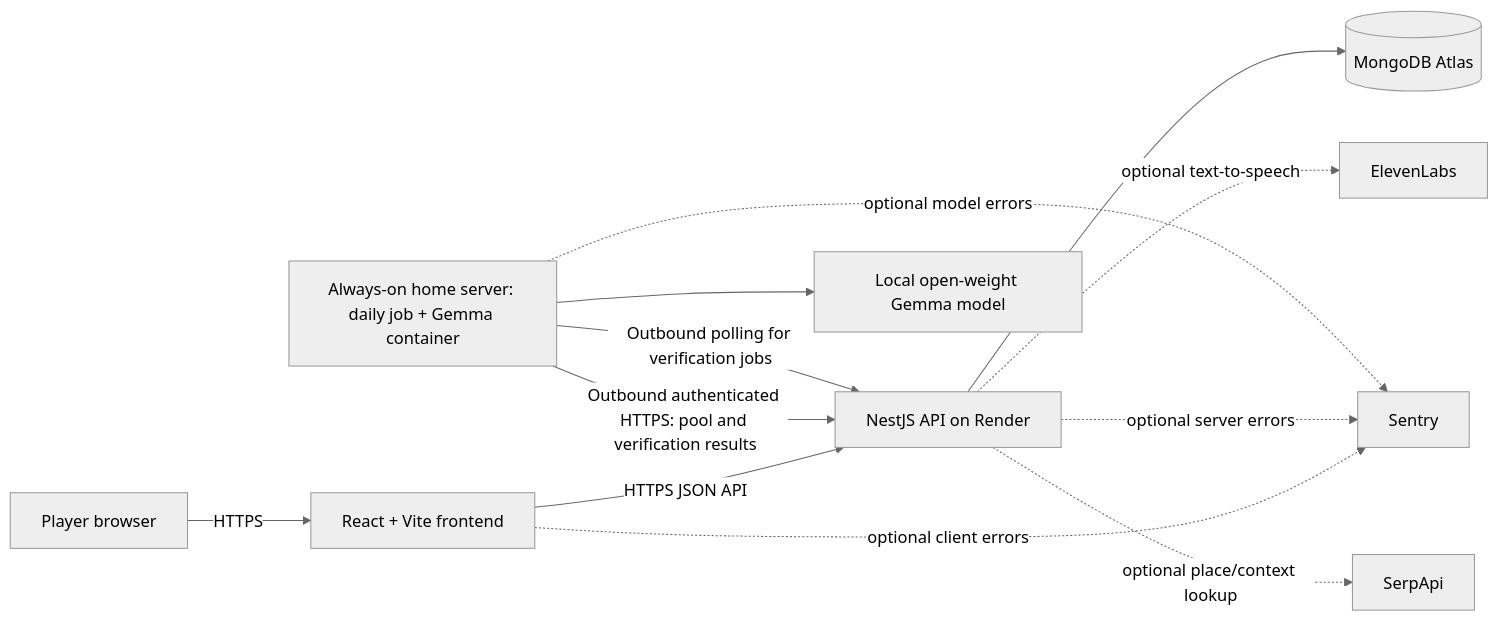
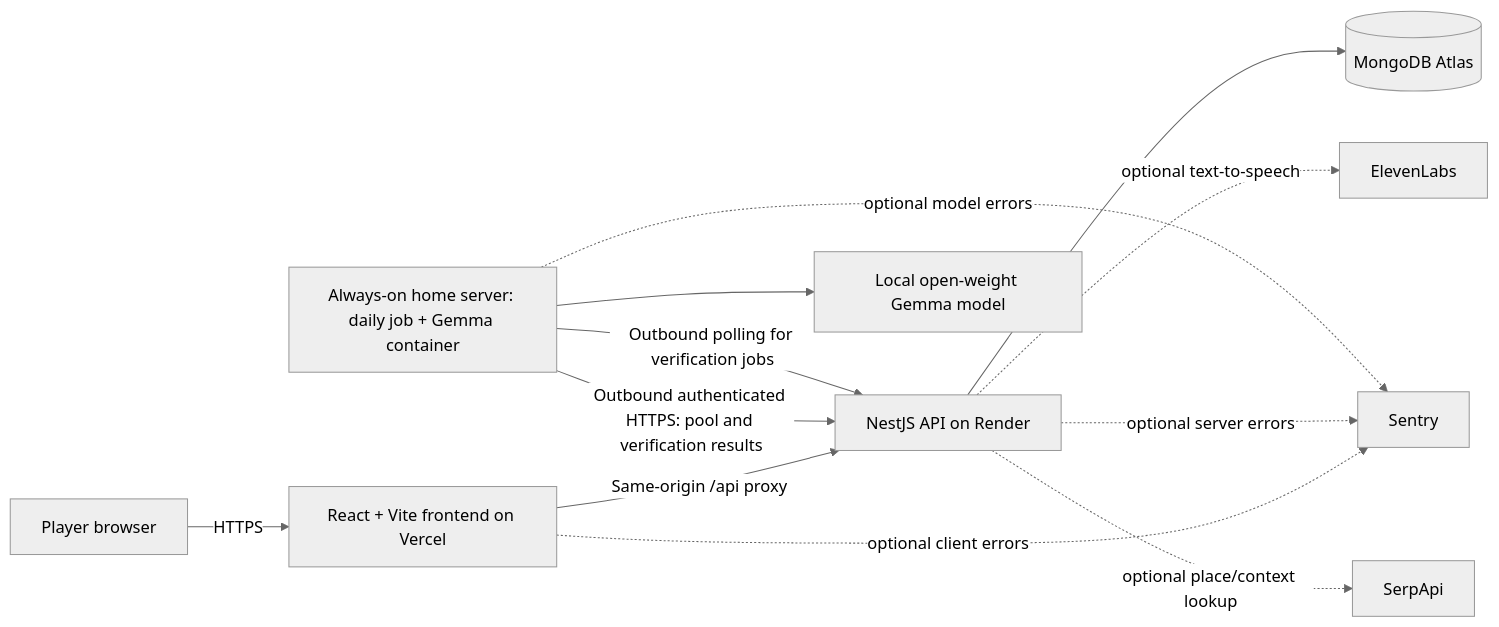
Before and after one commit to AnthonyASBaptiste/sidequest-tt: the first of 3 diagrams in docs/architecture.md, drawn with Mermaid (neutral theme). The commit also changed other lines of this file and 4 other files, not shown here.

Commit message:
feat: configure Vercel API proxy for same-origin production requests to fix mobile cookie issues

````diff
--- a/docs/architecture.md
+++ b/docs/architecture.md
@@ -9,14 +9,14 @@
 ```mermaid
 flowchart LR
-    P[Player browser] -->|HTTPS| WEB[React + Vite frontend]
-    WEB -->|HTTPS JSON API| API[NestJS API on Render]
+    P[Player browser] -->|HTTPS| WEB[React + Vite frontend on Vercel]
+    WEB -->|Same-origin /api proxy| API[NestJS API on Render]
     API --> DB[(MongoDB Atlas)]
     HS[Always-on home server: daily job + Gemma container] -->|Outbound authenticated HTTPS: pool and verification results| API
     HS -->|Outbound polling for verification jobs| API
     HS --> MODEL[Local open-weight Gemma model]
     API -. optional text-to-speech .-> EL[ElevenLabs]
     WEB -. optional client errors .-> SE[Sentry]
     API -. optional server errors .-> SE
     HS -. optional model errors .-> SE
     API -. optional place/context lookup .-> SR[SerpApi]
 ```
````
